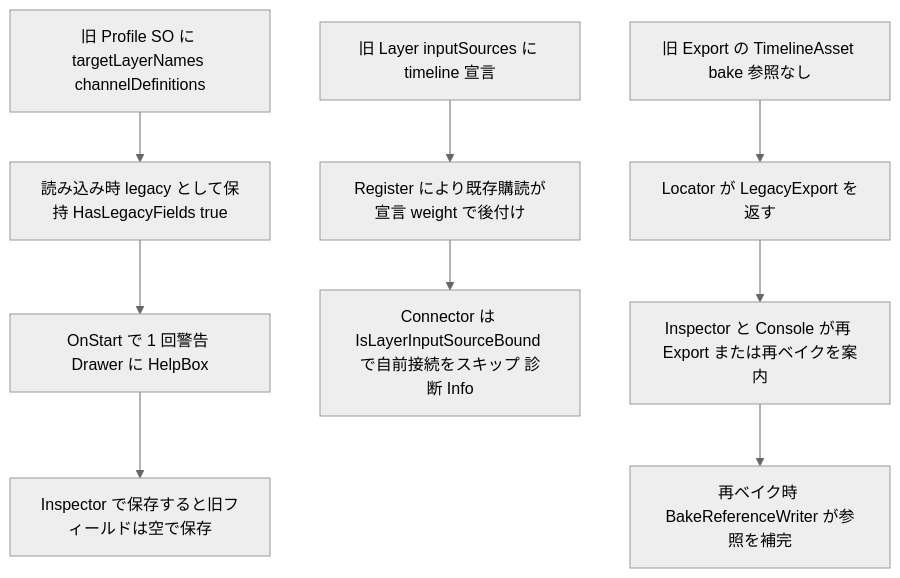
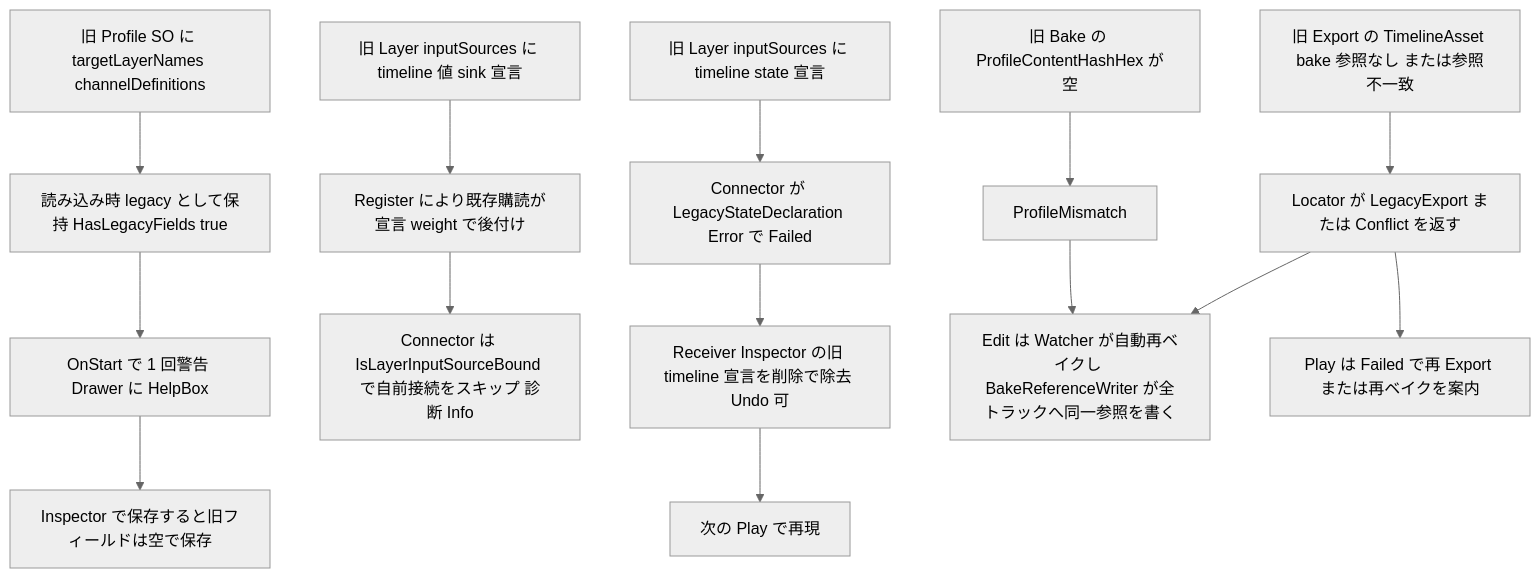
One commit to Hidano-Dev/FacialControl changed the fifth of 5 diagrams in .kiro/specs/timeline-playback-ux/design.md. Above: the diagram before and after it, drawn with Mermaid (neutral theme). The commit also changed other lines of this file and 2 other files, not shown here.

First line of the commit message:
timeline-playback-ux の design を validate-design 1 回目の指摘で改訂 (HID-144)

````diff
--- a/.kiro/specs/timeline-playback-ux/design.md
+++ b/.kiro/specs/timeline-playback-ux/design.md
@@ -1099,11 +1219,16 @@
 ```mermaid
 flowchart TB
     A[旧 Profile SO に targetLayerNames channelDefinitions] --> B[読み込み時 legacy として保持 HasLegacyFields true]
     B --> C[OnStart で 1 回警告 Drawer に HelpBox]
     C --> D[Inspector で保存すると旧フィールドは空で保存]
-    E[旧 Layer inputSources に timeline 宣言] --> F[Register により既存購読が宣言 weight で後付け]
+    E[旧 Layer inputSources に timeline 値 sink 宣言] --> F[Register により既存購読が宣言 weight で後付け]
     F --> G[Connector は IsLayerInputSourceBound で自前接続をスキップ 診断 Info]
-    H[旧 Export の TimelineAsset bake 参照なし] --> I[Locator が LegacyExport を返す]
-    I --> J[Inspector と Console が再 Export または再ベイクを案内]
-    J --> K[再ベイク時 BakeReferenceWriter が参照を補完]
+    L[旧 Layer inputSources に timeline state 宣言] --> M[Connector が LegacyStateDeclaration Error で Failed]
+    M --> N[Receiver Inspector の旧 timeline 宣言を削除で除去 Undo 可]
+    N --> O[次の Play で再現]
+    H[旧 Export の TimelineAsset bake 参照なし または参照不一致] --> I[Locator が LegacyExport または Conflict を返す]
+    I --> J1[Edit は Watcher が自動再ベイクし BakeReferenceWriter が全トラックへ同一参照を書く]
+    I --> J2[Play は Failed で再 Export または再ベイクを案内]
+    P[旧 Bake の ProfileContentHashHex が空] --> Q[ProfileMismatch]
+    Q --> J1
 ```
````
